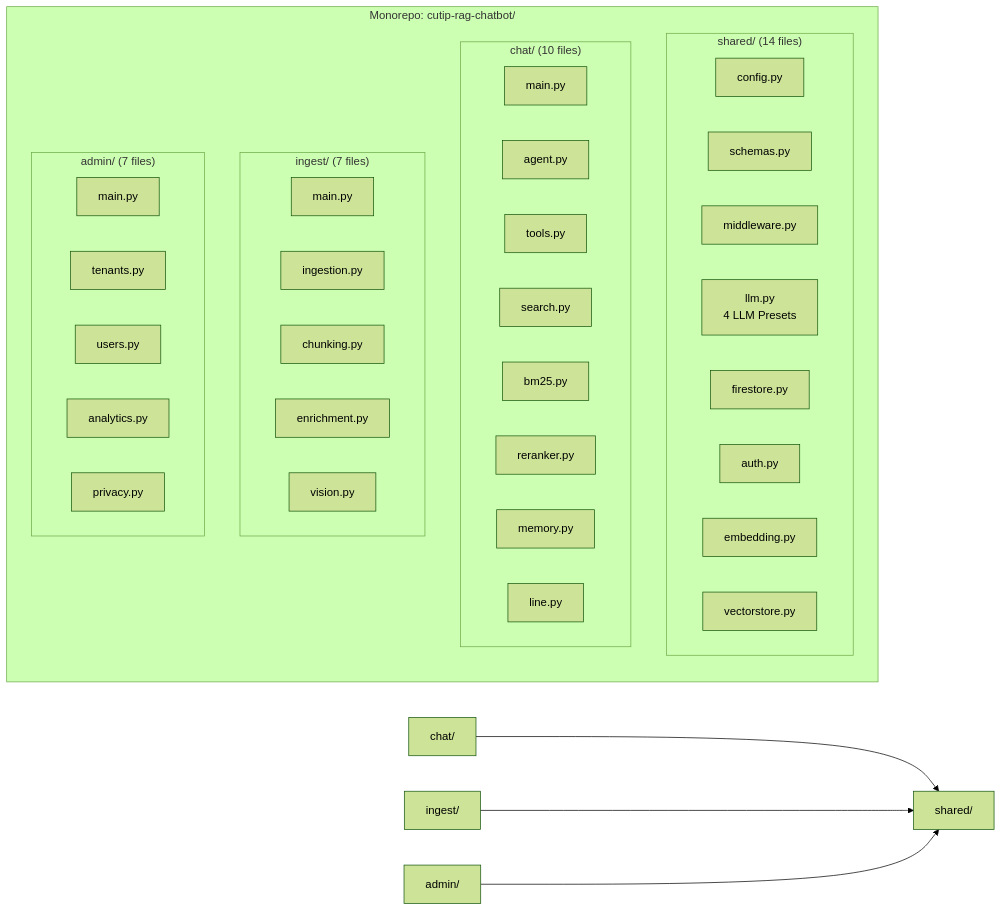
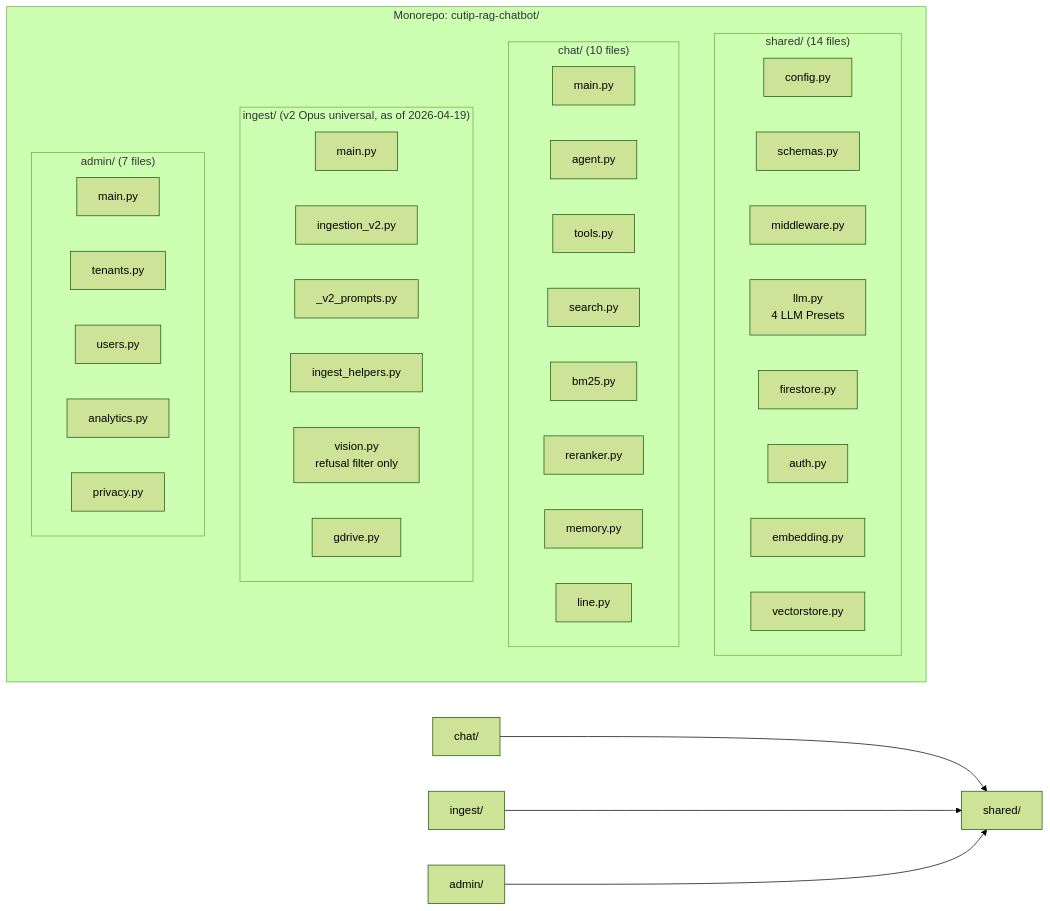
One commit to Kurkool/cutip-rag-chatbot changed the second of 9 diagrams in docs/architecture.md. Above: the diagram before and after it, drawn with Mermaid (forest theme). The commit also changed other lines of this file and 4 other files, not shown here.

````diff
--- a/docs/architecture.md
+++ b/docs/architecture.md
@@ -82,46 +82,47 @@
 ```mermaid
 graph LR
     subgraph "Monorepo: cutip-rag-chatbot/"
         subgraph "shared/ (14 files)"
             CONFIG[config.py]
             SCHEMAS[schemas.py]
             MW[middleware.py]
             LLM[llm.py<br/>4 LLM Presets]
             FS_SVC[firestore.py]
             AUTH[auth.py]
             EMBED[embedding.py]
             VS[vectorstore.py]
         end
 
         subgraph "chat/ (10 files)"
             C_MAIN[main.py]
             AGENT[agent.py]
             TOOLS[tools.py]
             SEARCH[search.py]
             BM25[bm25.py]
             RERANK[reranker.py]
             MEMORY[memory.py]
             LINE_SVC[line.py]
         end
 
-        subgraph "ingest/ (7 files)"
+        subgraph "ingest/ (v2 Opus universal, as of 2026-04-19)"
             I_MAIN[main.py]
-            INGEST_SVC[ingestion.py]
-            CHUNK[chunking.py]
-            ENRICH[enrichment.py]
-            VISION[vision.py]
+            V2[ingestion_v2.py]
+            V2_PROMPTS[_v2_prompts.py]
+            HELPERS[ingest_helpers.py]
+            VISION[vision.py<br/>refusal filter only]
+            GDRIVE[gdrive.py]
         end
 
         subgraph "admin/ (7 files)"
             A_MAIN[main.py]
             TENANTS[tenants.py]
             USERS[users.py]
             ANALYTICS[analytics.py]
             PRIVACY[privacy.py]
         end
     end
 
     chat/ --> shared/
     ingest/ --> shared/
     admin/ --> shared/
 ```
````
